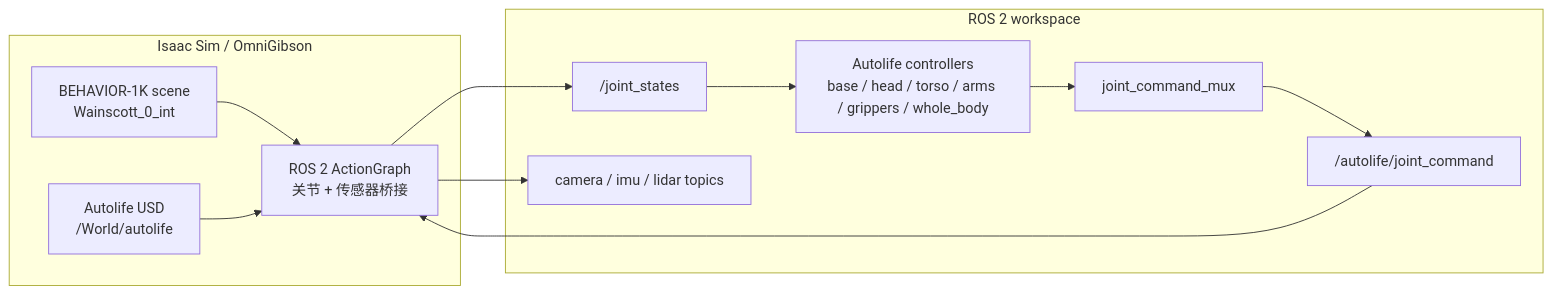
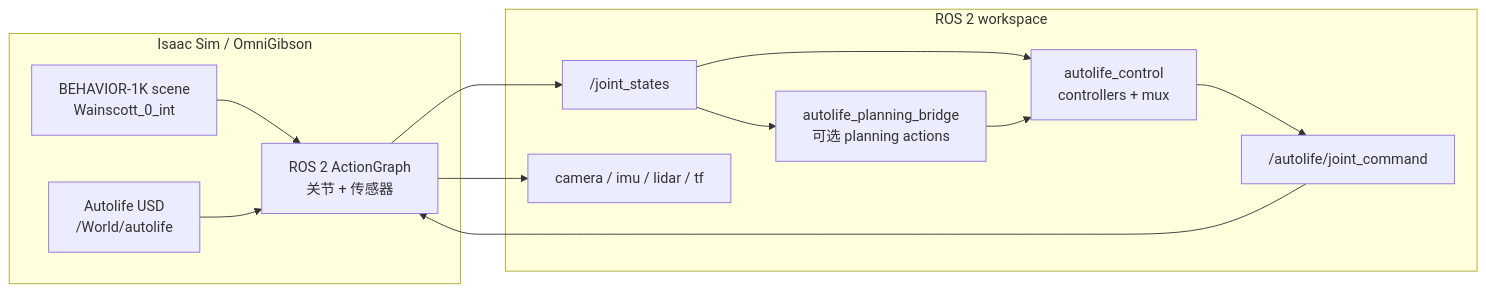
The diagram in README.zh-CN.md (jiaxuan0lin0/Autolife_Sim), drawn with Mermaid before and after one commit. The commit also changed other lines of this file and 35 other files, not shown here.

Commit message:
feat: integrate with autolife-planning and add lightwhell asset

````diff
--- a/README.zh-CN.md
+++ b/README.zh-CN.md
@@ -30,25 +21,26 @@
 ```mermaid
 flowchart LR
     subgraph Sim["Isaac Sim / OmniGibson"]
-        A["BEHAVIOR-1K scene<br/>Wainscott_0_int"]
-        B["Autolife USD<br/>/World/autolife"]
-        C["ROS 2 ActionGraph<br/>关节 + 传感器桥接"]
+        Scene["BEHAVIOR-1K scene<br/>Wainscott_0_int"]
+        Robot["Autolife USD<br/>/World/autolife"]
+        Bridge["ROS 2 ActionGraph<br/>关节 + 传感器"]
     end
 
     subgraph ROS["ROS 2 workspace"]
-        D["/joint_states"]
-        E["Autolife controllers<br/>base / head / torso / arms / grippers / whole_body"]
-        F["joint_command_mux"]
-        G["/autolife/joint_command"]
-        H["camera / imu / lidar topics"]
+        State["/joint_states"]
+        Control["autolife_control<br/>controllers + mux"]
+        Command["/autolife/joint_command"]
+        Sensors["camera / imu / lidar / tf"]
+        Planning["autolife_planning_bridge<br/>可选 planning actions"]
     end
 
-    A --> C
-    B --> C
-    C --> D
-    D --> E
-    E --> F
-    F --> G
-    G --> C
-    C --> H
+    Scene --> Bridge
+    Robot --> Bridge
+    Bridge --> State
+    State --> Control
+    State --> Planning
+    Planning --> Control
+    Control --> Command
+    Command --> Bridge
+    Bridge --> Sensors
 ```
````
